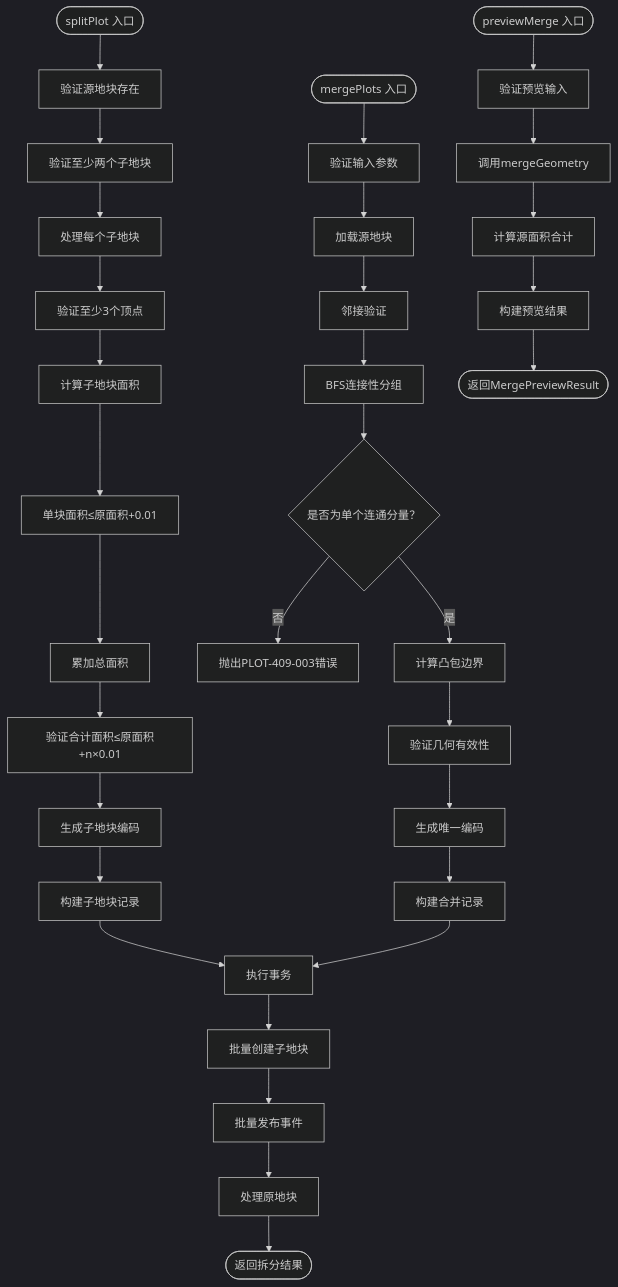
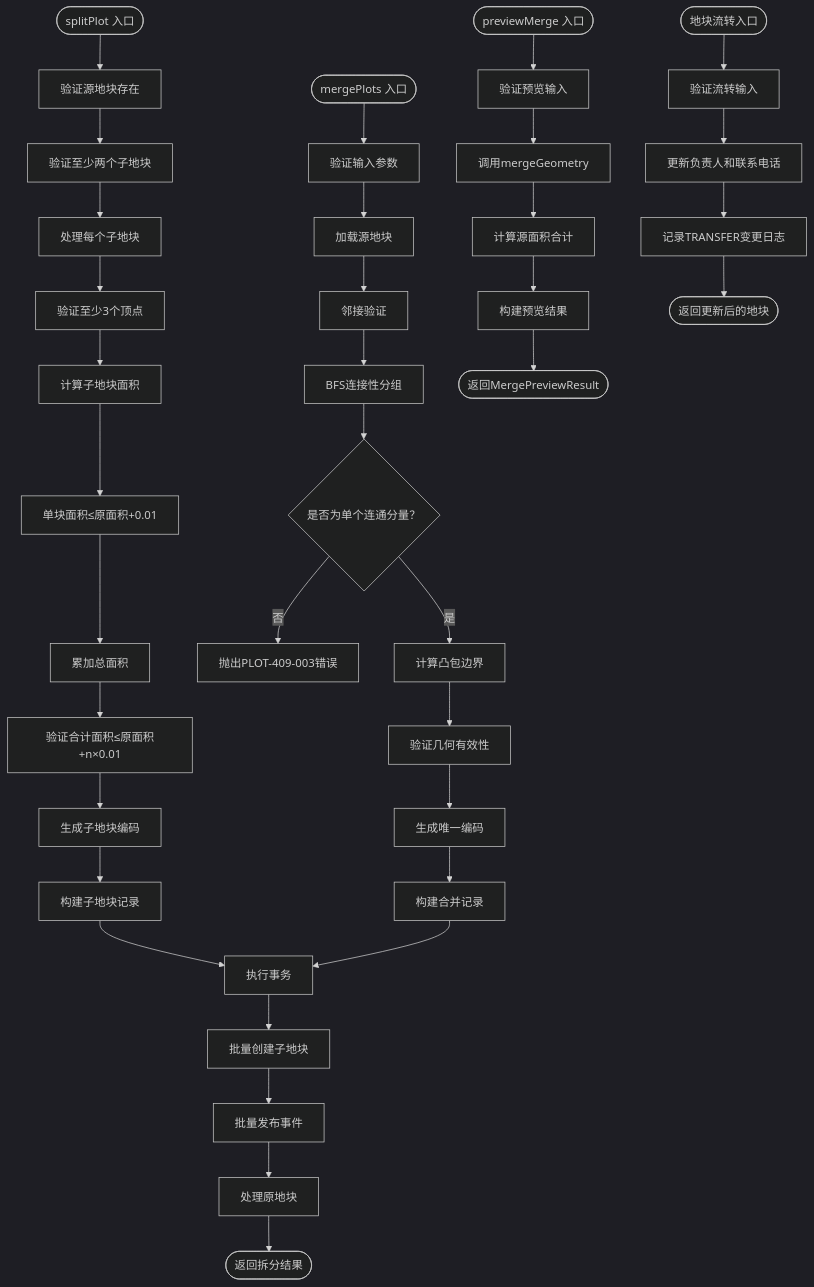
One commit to q446328246/agri-platform changed the third of 17 diagrams in .qoder/repowiki/zh/content/核心服务文档/地块管理服务.md. Above: the diagram before and after it, drawn with Mermaid (dark theme). The commit also changed other lines of this file and 6 other files, not shown here.

````diff
--- a/.qoder/repowiki/zh/content/核心服务文档/地块管理服务.md
+++ b/.qoder/repowiki/zh/content/核心服务文档/地块管理服务.md
@@ -326,34 +363,38 @@
 ```mermaid
 flowchart TD
 Start(["splitPlot 入口"]) --> ValidateSource["验证源地块存在"]
 ValidateSource --> ValidatePieces["验证至少两个子地块"]
 ValidatePieces --> ProcessEachPiece["处理每个子地块"]
 ProcessEachPiece --> CheckVertices["验证至少3个顶点"]
 CheckVertices --> CalcArea["计算子地块面积"]
 CalcArea --> CheckSingleArea["单块面积≤原面积+0.01"]
 CheckSingleArea --> AccumulateTotal["累加总面积"]
 AccumulateTotal --> CheckOverlap["验证合计面积≤原面积+n×0.01"]
 CheckOverlap --> GenCodes["生成子地块编码"]
 GenCodes --> BuildRecords["构建子地块记录"]
 BuildRecords --> ExecuteTransaction["执行事务"]
 ExecuteTransaction --> CreatePieces["批量创建子地块"]
 CreatePieces --> PublishEvents["批量发布事件"]
 PublishEvents --> HandleSource["处理原地块"]
 HandleSource --> Return(["返回拆分结果"])
 MergeStart(["mergePlots 入口"]) --> ValidateInputs["验证输入参数"]
 ValidateInputs --> LoadSources["加载源地块"]
 LoadSources --> AdjacencyCheck["邻接验证"]
 AdjacencyCheck --> BFSGrouping["BFS连接性分组"]
 BFSGrouping --> SingleComponent{"是否为单个连通分量？"}
 SingleComponent --> |否| ThrowError["抛出PLOT-409-003错误"]
 SingleComponent --> |是| CalcConvexHull["计算凸包边界"]
 CalcConvexHull --> ValidateGeometry["验证几何有效性"]
 ValidateGeometry --> GenerateCode["生成唯一编码"]
 GenerateCode --> BuildRecord["构建合并记录"]
 BuildRecord --> ExecuteTransaction
 PreviewStart(["previewMerge 入口"]) --> ValidatePreviewInputs["验证预览输入"]
 ValidatePreviewInputs --> CallMergeGeometry["调用mergeGeometry"]
 CallMergeGeometry --> CalcSourceArea["计算源面积合计"]
 CalcSourceArea --> BuildPreviewResult["构建预览结果"]
 BuildPreviewResult --> ReturnPreview(["返回MergePreviewResult"])
+TransferStart(["地块流转入口"]) --> ValidateTransferInputs["验证流转输入"]
+ValidateTransferInputs --> UpdateFields["更新负责人和联系电话"]
+UpdateFields --> RecordChangeLog["记录TRANSFER变更日志"]
+RecordChangeLog --> ReturnUpdated(["返回更新后的地块"])
 ```
````
